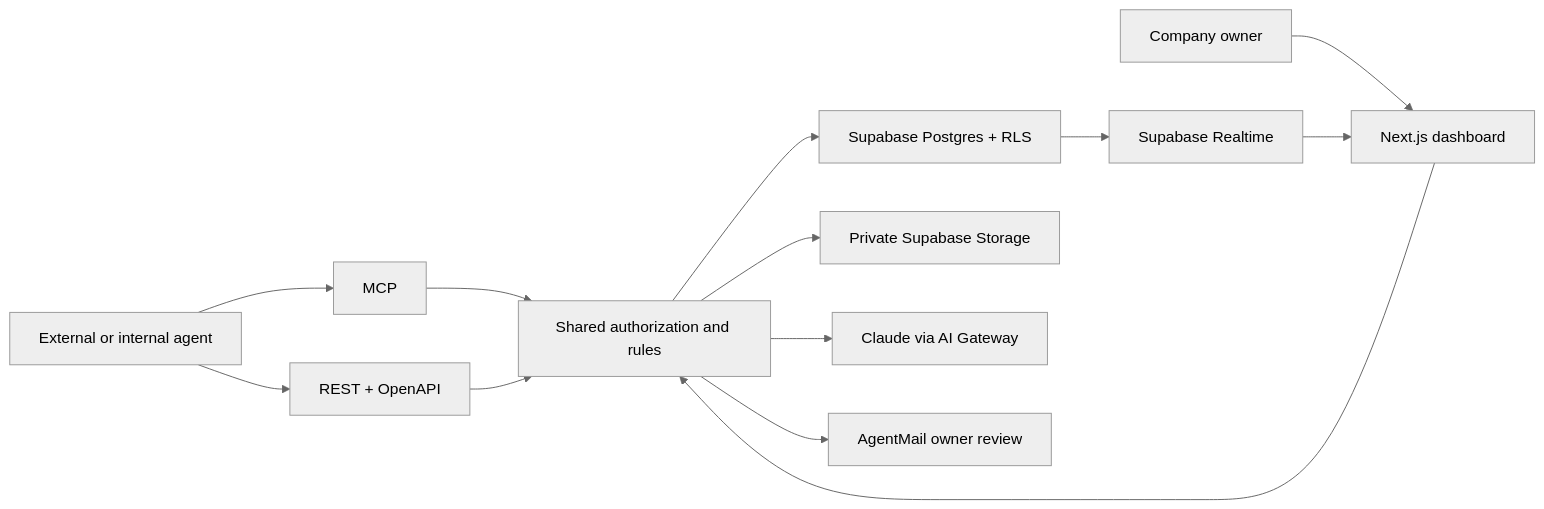
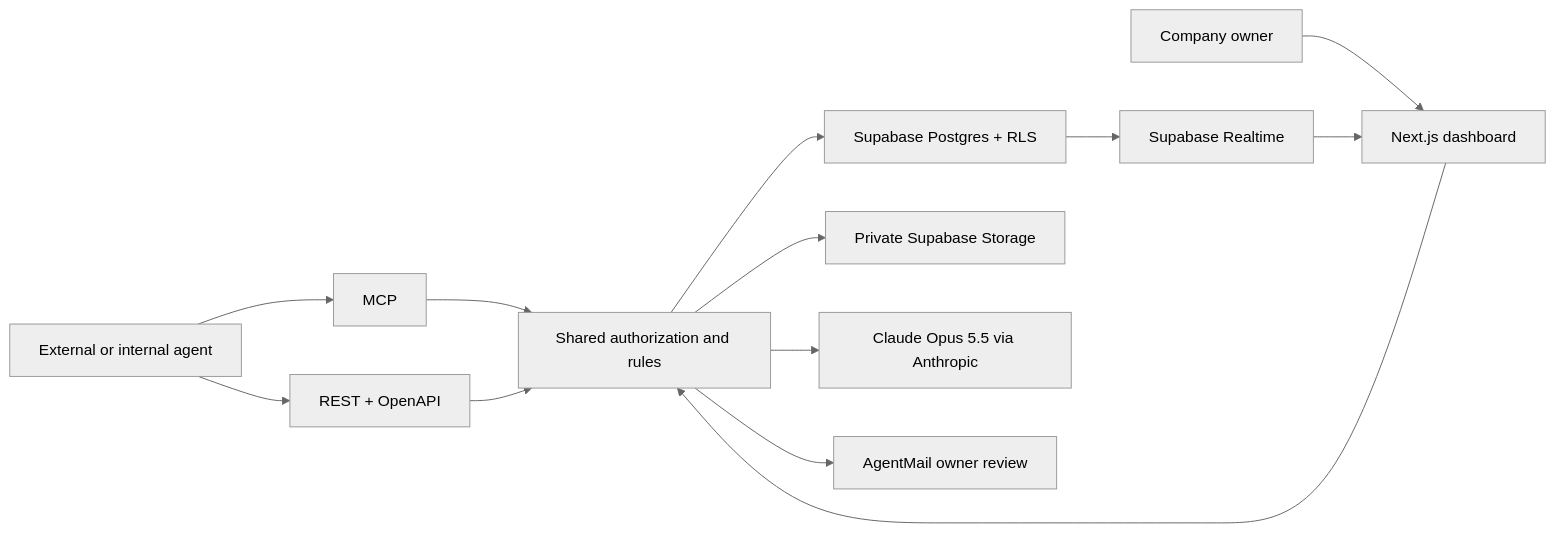
Before and after one commit to tuabogadopreferido/puente: the diagram in README.md, drawn with Mermaid (neutral theme). The commit also changed other lines of this file and 4 other files, not shown here.

Commit message:
feat: prioritize Anthropic Opus 5.5 with low effort

````diff
--- a/README.md
+++ b/README.md
@@ -40,15 +40,15 @@
 ```mermaid
 flowchart LR
   Agent[External or internal agent] --> MCP[MCP]
   Agent --> REST[REST + OpenAPI]
   Human[Company owner] --> UI[Next.js dashboard]
   MCP --> Core[Shared authorization and rules]
   REST --> Core
   UI --> Core
   Core --> DB[Supabase Postgres + RLS]
   Core --> Storage[Private Supabase Storage]
   DB --> Realtime[Supabase Realtime]
   Realtime --> UI
-  Core --> Claude[Claude via AI Gateway]
+  Core --> Claude[Claude Opus 5.5 via Anthropic]
   Core --> Mail[AgentMail owner review]
 ```
````
